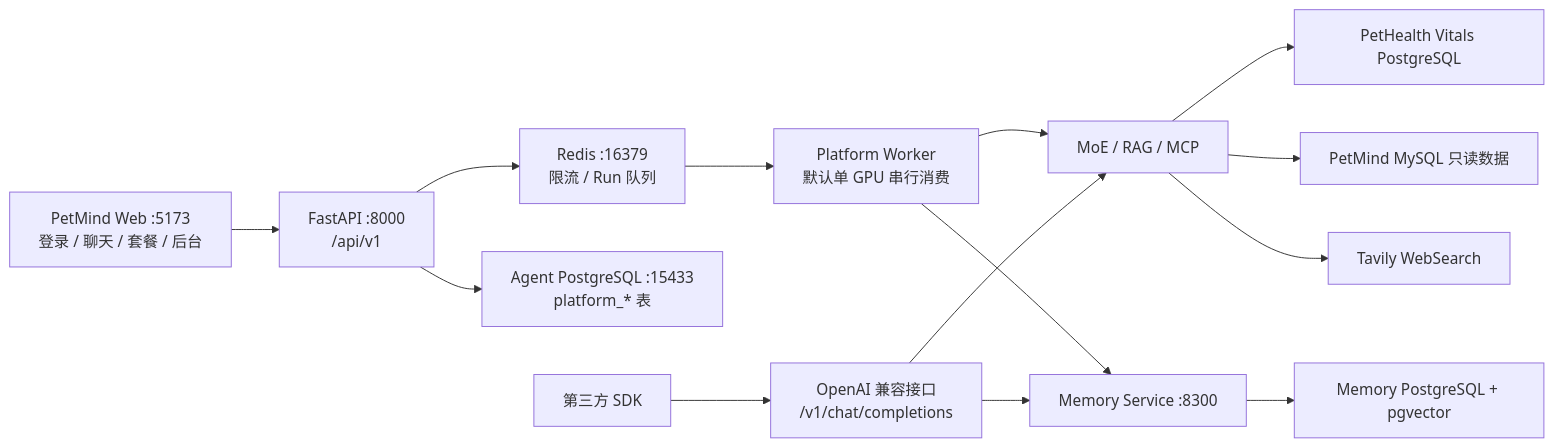
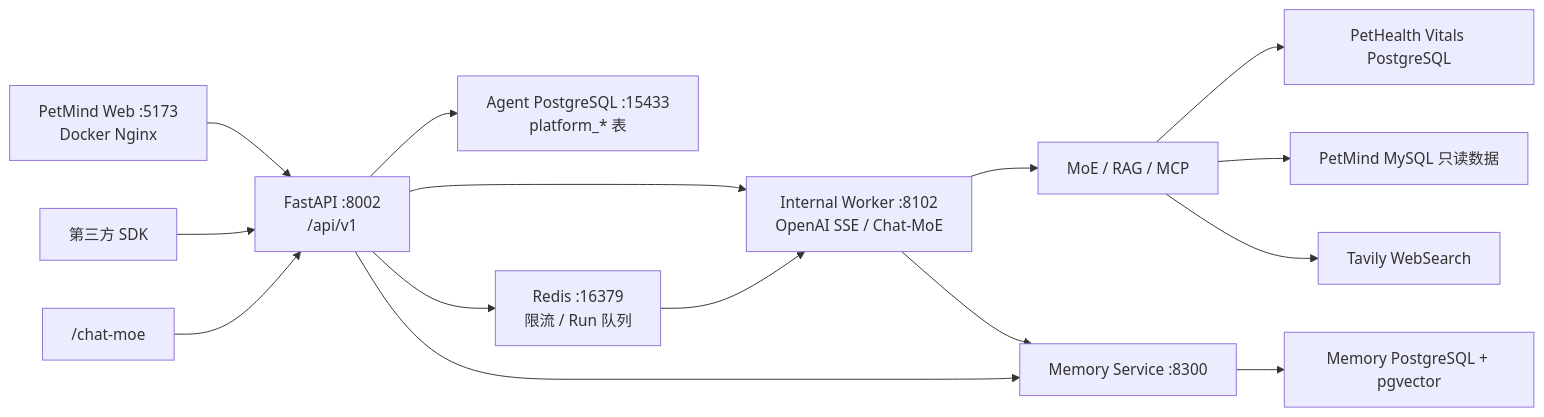
Before and after one commit to GeorgeGuo1215/Animal_detection2: the first of 2 diagrams in agentAndRag/agent.md, drawn with Mermaid. The commit also changed other lines of this file and 41 other files, not shown here.

````diff
--- a/agentAndRag/agent.md
+++ b/agentAndRag/agent.md
@@ -46,16 +49,17 @@
 ```mermaid
 flowchart LR
-    WEB["PetMind Web :5173<br/>登录 / 聊天 / 套餐 / 后台"] --> API["FastAPI :8000<br/>/api/v1"]
-    SDK["第三方 SDK"] --> OAI["OpenAI 兼容接口<br/>/v1/chat/completions"]
+    WEB["PetMind Web :5173<br/>Docker Nginx"] --> API["FastAPI :8002<br/>/api/v1"]
+    SDK["第三方 SDK"] --> API
+    DEBUG["/chat-moe"] --> API
     API --> PG["Agent PostgreSQL :15433<br/>platform_* 表"]
     API --> REDIS["Redis :16379<br/>限流 / Run 队列"]
-    REDIS --> WORKER["Platform Worker<br/>默认单 GPU 串行消费"]
+    API --> WORKER["Internal Worker :8102<br/>OpenAI SSE / Chat-MoE"]
+    REDIS --> WORKER
     WORKER --> MOE["MoE / RAG / MCP"]
-    OAI --> MOE
     WORKER --> MEMORY["Memory Service :8300"]
-    OAI --> MEMORY
+    API --> MEMORY
     MEMORY --> MPG["Memory PostgreSQL + pgvector"]
     MOE --> VITALS["PetHealth Vitals PostgreSQL"]
     MOE --> MYSQL["PetMind MySQL 只读数据"]
     MOE --> WEBSEARCH["Tavily WebSearch"]
 ```
````
